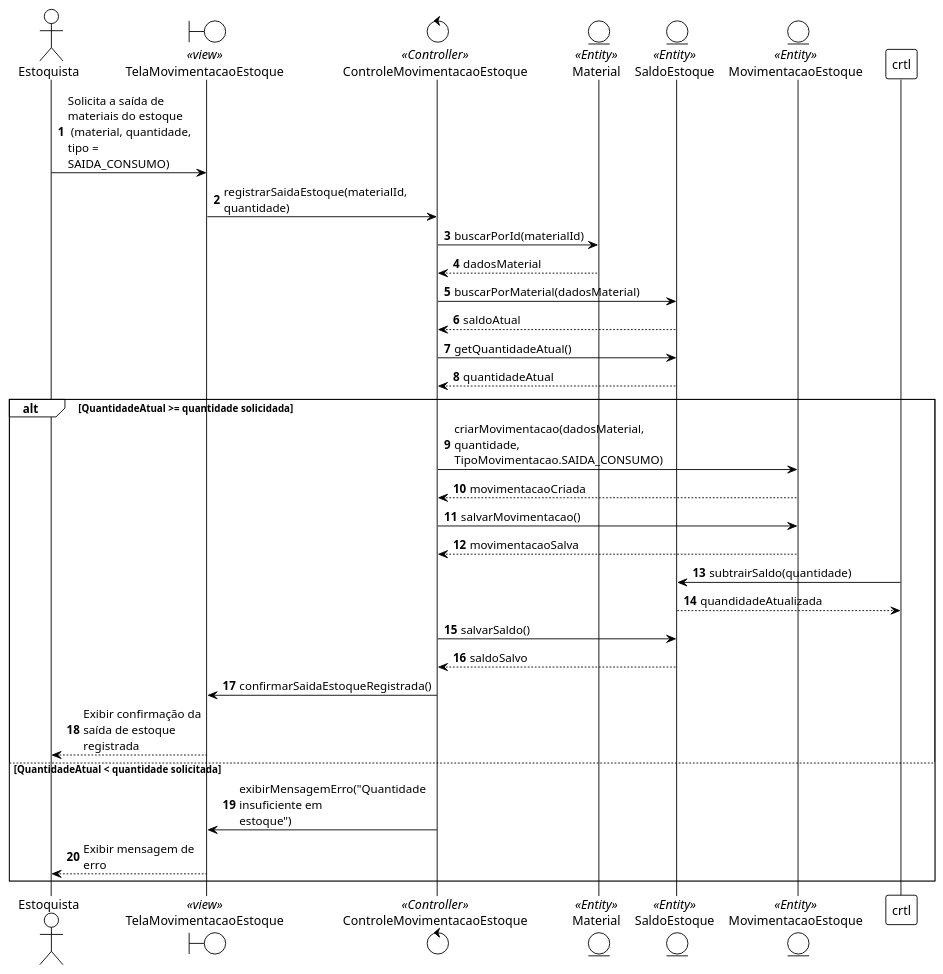
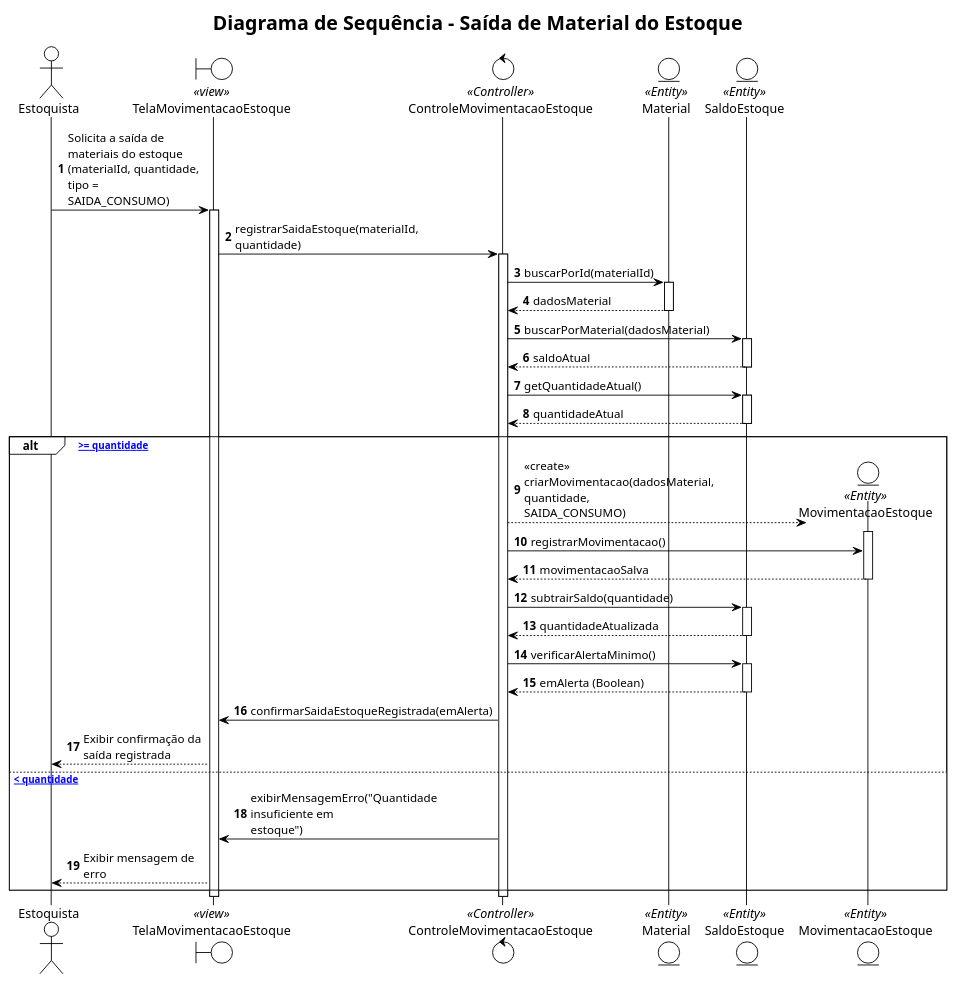
The diagram in Diagramas dinamicos/Modulo Estoque/EstoquesSaida.puml (bernardoanobrega/oBRAS), drawn with PlantUML before and after one commit. The commit also changed 10 other files, not shown here.

```diff
--- a/Diagramas dinamicos/Modulo Estoque/EstoquesSaida.puml
+++ b/Diagramas dinamicos/Modulo Estoque/EstoquesSaida.puml
@@ -1,45 +1,61 @@
-@startuml
+@startuml estoques-saida-sequence
 !theme plain
+title Diagrama de Sequência - Saída de Material do Estoque
 skinparam maxMessageSize 150
 autonumber
 
 actor "Estoquista" as user
 boundary "TelaMovimentacaoEstoque" as view <<view>>
 control "ControleMovimentacaoEstoque" as ctrl <<Controller>>
 entity "Material" as material <<Entity>>
 entity "SaldoEstoque" as saldo <<Entity>>
 entity "MovimentacaoEstoque" as movimentacao <<Entity>>
 
-user -> view : Solicita a saída de materiais do estoque\n (material, quantidade, tipo = SAIDA_CONSUMO)
+user -> view : Solicita a saída de materiais do estoque\n(materialId, quantidade, tipo = SAIDA_CONSUMO)
+activate view
+
 view -> ctrl : registrarSaidaEstoque(materialId, quantidade)
+activate ctrl
 
 ctrl -> material : buscarPorId(materialId)
-return dadosMaterial
+activate material
+material --> ctrl : dadosMaterial
+deactivate material
 
 ctrl -> saldo : buscarPorMaterial(dadosMaterial)
-return saldoAtual
+activate saldo
+saldo --> ctrl : saldoAtual
+deactivate saldo
 
 ctrl -> saldo : getQuantidadeAtual()
-return quantidadeAtual
+activate saldo
+saldo --> ctrl : quantidadeAtual
+deactivate saldo
 
-alt QuantidadeAtual >= quantidade solicidada
-    ctrl -> movimentacao : criarMovimentacao(dadosMaterial, quantidade, TipoMovimentacao.SAIDA_CONSUMO)
-    return movimentacaoCriada
+alt [quantidadeAtual >= quantidade]
+    ctrl --> movimentacao ** : <<create>> criarMovimentacao(dadosMaterial, quantidade, SAIDA_CONSUMO)
+    activate movimentacao
+    ctrl -> movimentacao : registrarMovimentacao()
+    movimentacao --> ctrl : movimentacaoSalva
+    deactivate movimentacao
 
-    ctrl -> movimentacao : salvarMovimentacao()
-    return movimentacaoSalva
+    ctrl -> saldo : subtrairSaldo(quantidade)
+    activate saldo
+    saldo --> ctrl : quantidadeAtualizada
+    deactivate saldo
 
-    crtl -> saldo : subtrairSaldo(quantidade)
-    return quandidadeAtualizada
+    ctrl -> saldo : verificarAlertaMinimo()
+    activate saldo
+    saldo --> ctrl : emAlerta (Boolean)
+    deactivate saldo
 
-    ctrl -> saldo : salvarSaldo()
-    return saldoSalvo
-
-    ctrl -> view : confirmarSaidaEstoqueRegistrada()
-    view --> user : Exibir confirmação da saída de estoque registrada
-else QuantidadeAtual < quantidade solicitada
+    ctrl -> view : confirmarSaidaEstoqueRegistrada(emAlerta)
+    view --> user : Exibir confirmação da saída registrada
+else [quantidadeAtual < quantidade]
     ctrl -> view : exibirMensagemErro("Quantidade insuficiente em estoque")
-    view --> user : Exibir mensagem de erro 
+    view --> user : Exibir mensagem de erro
 end
 
+deactivate ctrl
+deactivate view
 @enduml
```
